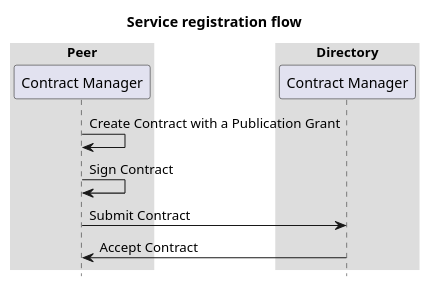
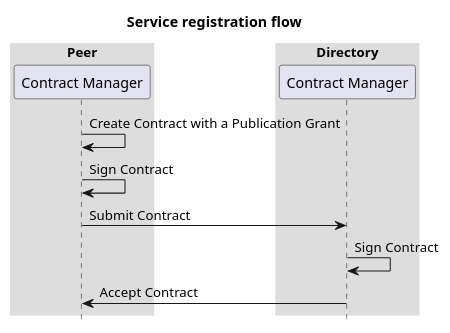
One commit to Logius-standaarden/fsc-core changed the diagram in diagrams/seq-providing-a-service.puml. Above: the diagram before and after it, drawn with PlantUML. The commit also changed 5 other files, not shown here.

```diff
--- a/diagrams/seq-providing-a-service.puml
+++ b/diagrams/seq-providing-a-service.puml
@@ -1,19 +1,20 @@
 @startuml
 title: Service registration flow
 
 box "Peer"
   participant "Contract Manager" as contractManagerPeer
 end box
 box "Directory"
   participant "Contract Manager" as contractManagerDirectory
 end box
 
 contractManagerPeer -> contractManagerPeer: Create Contract with a Publication Grant
 contractManagerPeer -> contractManagerPeer: Sign Contract
 contractManagerPeer -> contractManagerDirectory: Submit Contract
+contractManagerDirectory -> contractManagerDirectory: Sign Contract
 contractManagerDirectory -> contractManagerPeer: Accept Contract
 
 skinparam sequenceBoxBorderColor #transparent
 skinparam boxPadding 50
 hide footbox
 @enduml
```
